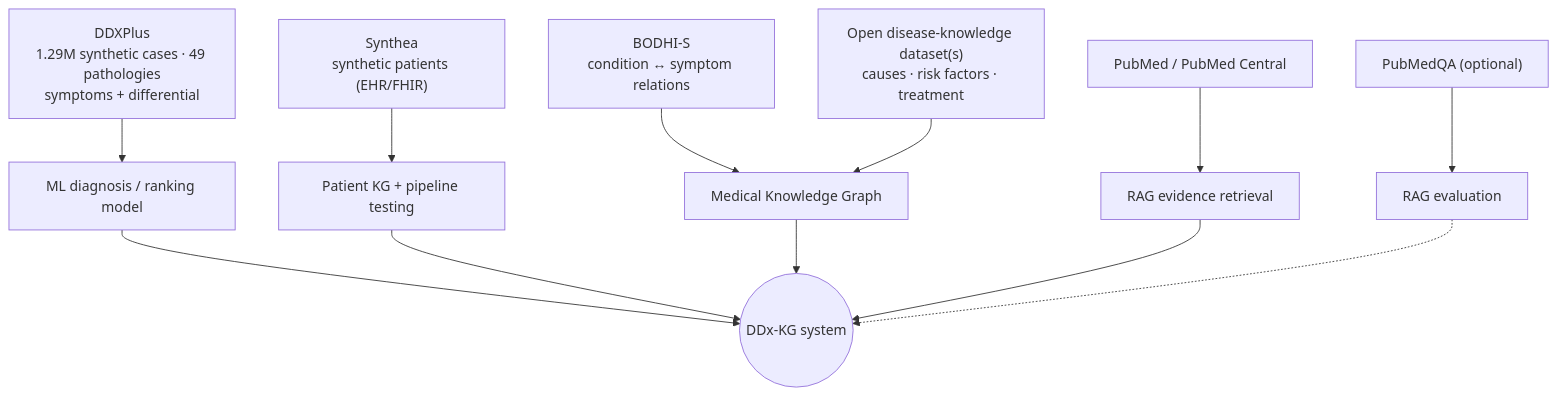
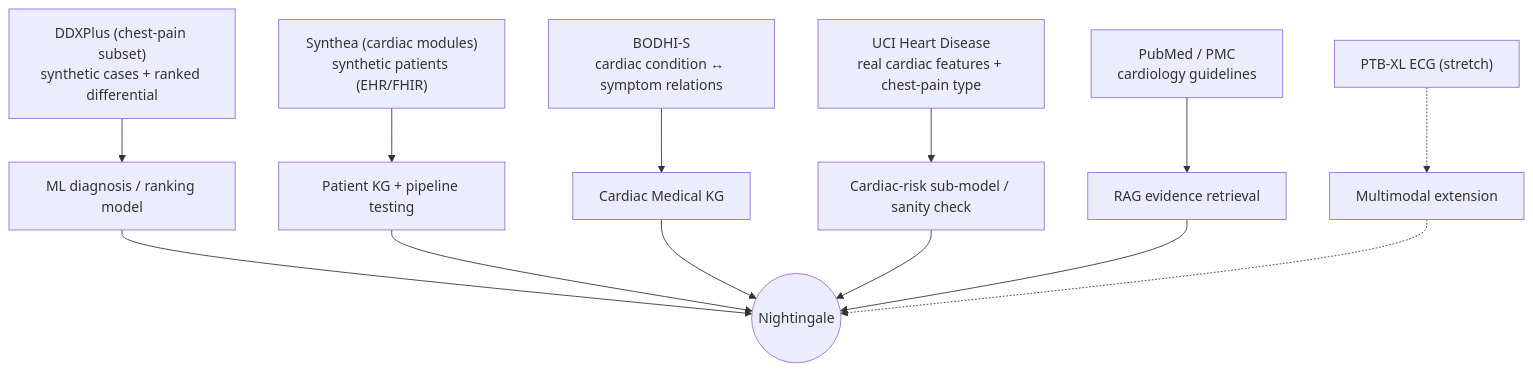
The third of 4 diagrams in README.md (HarshRohila02/nightingale), drawn with Mermaid before and after one commit. The commit also changed other lines of this file, not shown here.

First line of the commit message:
Rename to Nightingale and lock scope to acute chest pain

````diff
--- a/README.md
+++ b/README.md
@@ -162,15 +194,16 @@
 ```mermaid
 flowchart TD
-    DDX["DDXPlus<br/>1.29M synthetic cases · 49 pathologies<br/>symptoms + differential"] --> MLC["ML diagnosis / ranking model"]
-    SYN["Synthea<br/>synthetic patients (EHR/FHIR)"] --> PKGC["Patient KG + pipeline testing"]
-    BOD["BODHI-S<br/>condition ↔ symptom relations"] --> MKGC["Medical Knowledge Graph"]
-    KNOW["Open disease-knowledge dataset(s)<br/>causes · risk factors · treatment"] --> MKGC
-    PUB["PubMed / PubMed Central"] --> RAGC["RAG evidence retrieval"]
-    PMQ["PubMedQA (optional)"] --> EVALC["RAG evaluation"]
+    DDX["DDXPlus (chest-pain subset)<br/>synthetic cases + ranked differential"] --> MLC["ML diagnosis / ranking model"]
+    SYN["Synthea (cardiac modules)<br/>synthetic patients (EHR/FHIR)"] --> PKGC["Patient KG + pipeline testing"]
+    BOD["BODHI-S<br/>cardiac condition ↔ symptom relations"] --> MKGC["Cardiac Medical KG"]
+    UCI["UCI Heart Disease<br/>real cardiac features + chest-pain type"] --> RISKC["Cardiac-risk sub-model / sanity check"]
+    PUB["PubMed / PMC<br/>cardiology guidelines"] --> RAGC["RAG evidence retrieval"]
+    PTB["PTB-XL ECG (stretch)"] -.-> MULTI["Multimodal extension"]
 
-    MLC --> SYS(("DDx-KG system"))
+    MLC --> SYS(("Nightingale"))
     PKGC --> SYS
     MKGC --> SYS
+    RISKC --> SYS
     RAGC --> SYS
-    EVALC -.-> SYS
+    MULTI -.-> SYS
 ```
````
